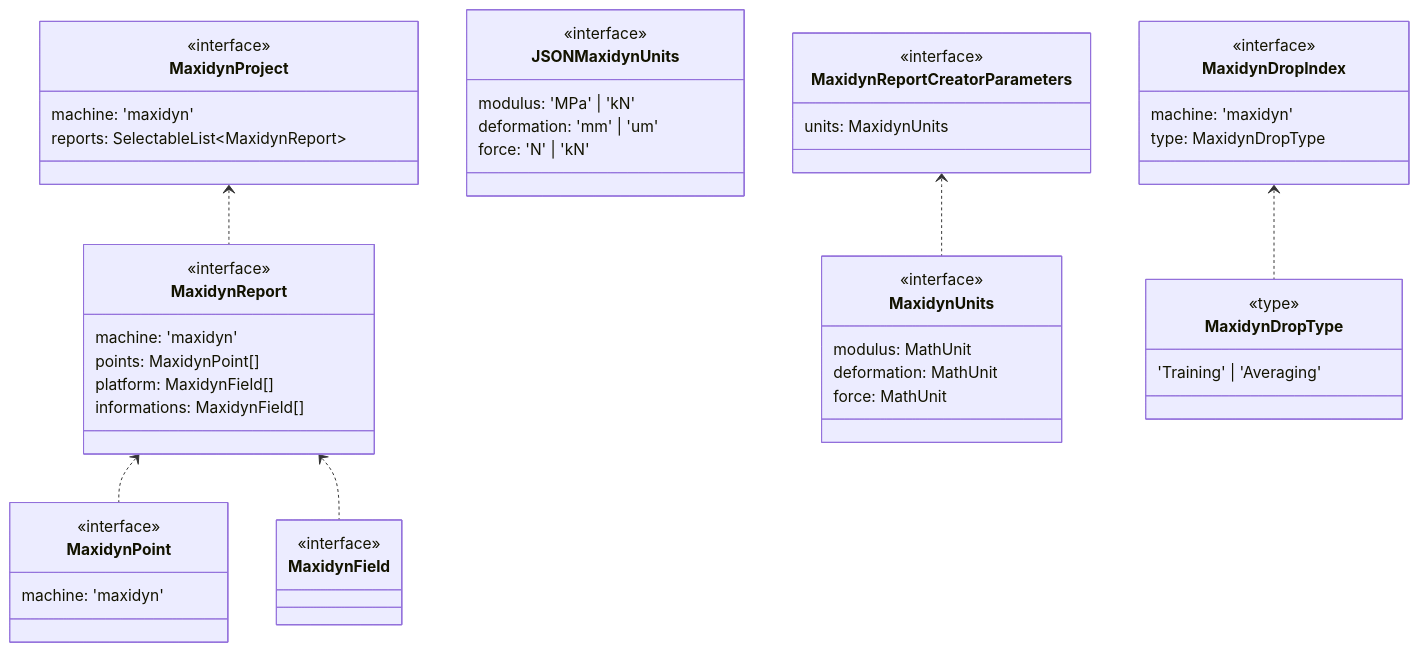
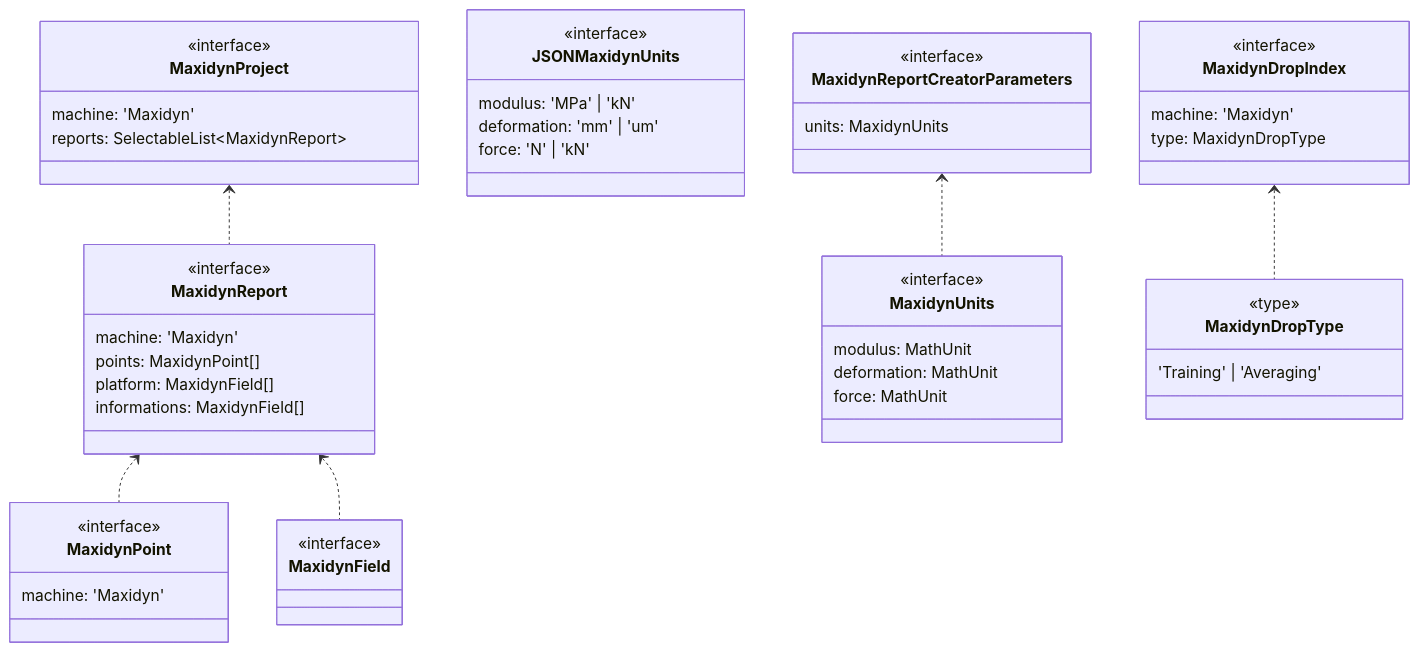
One commit to gawlk/mapview changed the diagram in docs/mermaid/onlyMaxidyn/types.mmd. Above: the diagram before and after it, drawn with Mermaid. The commit also changed 131 other files, not shown here.

```diff
--- a/docs/mermaid/onlyMaxidyn/types.mmd
+++ b/docs/mermaid/onlyMaxidyn/types.mmd
@@ -1,72 +1,72 @@
 classDiagram
 class MaxidynField {
   <<interface>>
 
 }
 
 
 
 class MaxidynPoint {
   <<interface>>
-  machine: 'maxidyn'
+  machine: 'Maxidyn'
 }
 
 
 
 class MaxidynProject {
   <<interface>>
-  machine: 'maxidyn'
+  machine: 'Maxidyn'
   reports: SelectableList#60;MaxidynReport#62;
 }
 MaxidynProject <.. MaxidynReport
 
 
 class MaxidynUnits {
   <<interface>>
   modulus: MathUnit
   deformation: MathUnit
   force: MathUnit
 }
 
 
 
 class JSONMaxidynUnits {
   <<interface>>
   modulus: 'MPa' | 'kN'
   deformation: 'mm' | 'um'
   force: 'N' | 'kN'
 }
 
 
 
 class MaxidynReport {
   <<interface>>
-  machine: 'maxidyn'
+  machine: 'Maxidyn'
   points: MaxidynPoint[]
   platform: MaxidynField[]
   informations: MaxidynField[]
 }
 MaxidynReport <.. MaxidynPoint
 MaxidynReport <.. MaxidynField
 
 
 class MaxidynReportCreatorParameters {
   <<interface>>
   units: MaxidynUnits
 }
 MaxidynReportCreatorParameters <.. MaxidynUnits
 
 
 class MaxidynDropType {
   <<type>>
   'Training' | 'Averaging'
 }
 
 
 
 class MaxidynDropIndex {
   <<interface>>
-  machine: 'maxidyn'
+  machine: 'Maxidyn'
   type: MaxidynDropType
 }
 MaxidynDropIndex <.. MaxidynDropType
```
